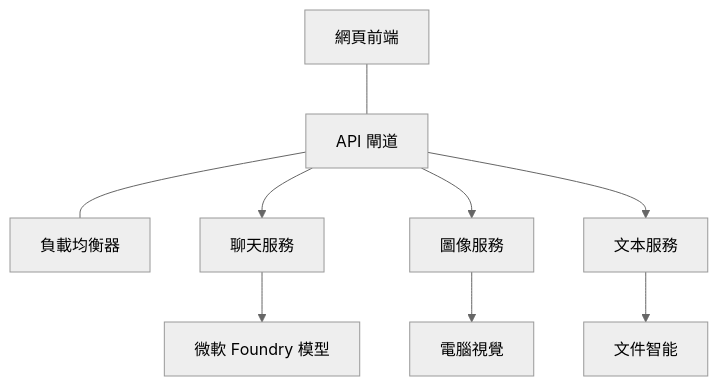
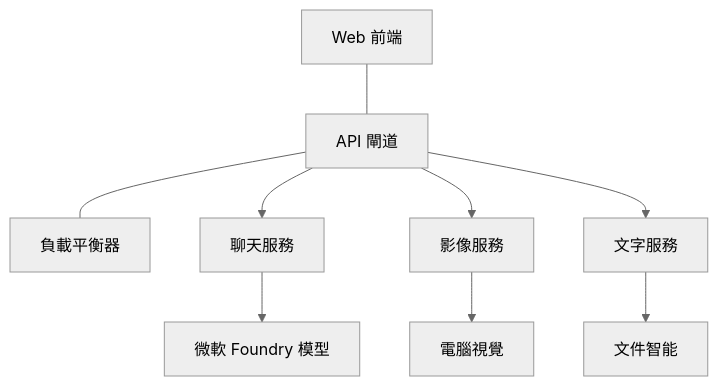
One commit to microsoft/AZD-for-beginners changed the diagram in translations/zh-MO/docs/chapter-08-production/production-ai-practices.md. Above: the diagram before and after it, drawn with Mermaid (neutral theme). The commit also changed other lines of this file and 104 other files, not shown here.

````diff
--- a/translations/zh-MO/docs/chapter-08-production/production-ai-practices.md
+++ b/translations/zh-MO/docs/chapter-08-production/production-ai-practices.md
@@ -30,10 +30,10 @@
 ```mermaid
 graph TD
-    Frontend[網頁前端] --- Gateway[API 閘道] --- LB[負載均衡器]
+    Frontend[Web 前端] --- Gateway[API 閘道] --- LB[負載平衡器]
     Gateway --> Chat[聊天服務]
-    Gateway --> Image[圖像服務]
-    Gateway --> Text[文本服務]
+    Gateway --> Image[影像服務]
+    Gateway --> Text[文字服務]
     Chat --> OpenAI[微軟 Foundry 模型]
     Image --> Vision[電腦視覺]
     Text --> DocIntel[文件智能]
-```  
+```
````
